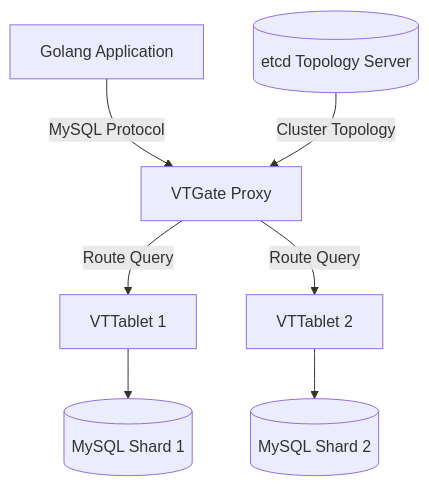
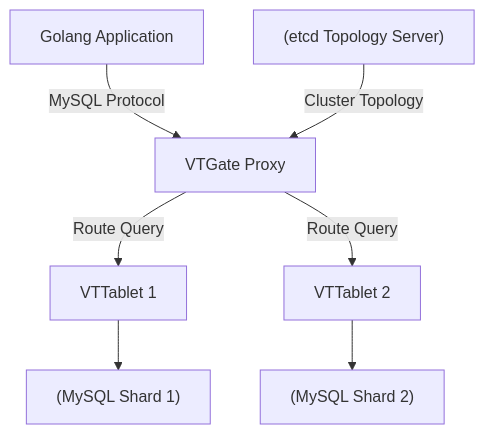
Before and after one commit to vesviet/vesviet: the diagram in content/posts/mysql-horizontal-scaling.md, drawn with Mermaid. The commit also changed other lines of this file and 331 other files, not shown here.

````diff
--- a/content/posts/mysql-horizontal-scaling.md
+++ b/content/posts/mysql-horizontal-scaling.md
@@ -120,10 +120,10 @@
 ```mermaid
 flowchart TD
-    App[Golang Application] -->|MySQL Protocol| VTGate[VTGate Proxy]
-    etcd[(etcd Topology Server)] -->|Cluster Topology| VTGate
-    VTGate -->|Route Query| VTTablet1[VTTablet 1]
-    VTGate -->|Route Query| VTTablet2[VTTablet 2]
+    App["Golang Application"] -->|"MySQL Protocol"| VTGate["VTGate Proxy"]
+    etcd["(etcd Topology Server)"] -->|"Cluster Topology"| VTGate
+    VTGate -->|"Route Query"| VTTablet1["VTTablet 1"]
+    VTGate -->|"Route Query"| VTTablet2["VTTablet 2"]
     
-    VTTablet1 --> MySQL1[(MySQL Shard 1)]
-    VTTablet2 --> MySQL2[(MySQL Shard 2)]
+    VTTablet1 --> MySQL1["(MySQL Shard 1)"]
+    VTTablet2 --> MySQL2["(MySQL Shard 2)"]
 ```
````
